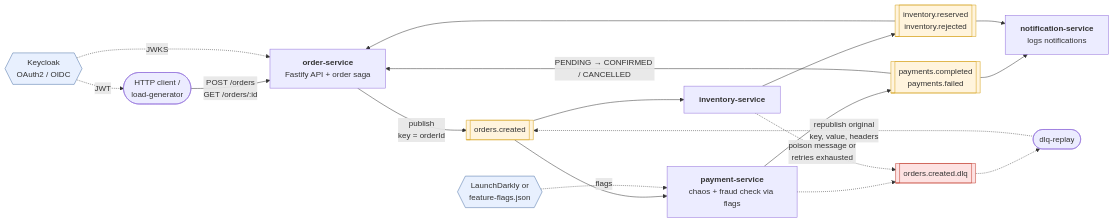
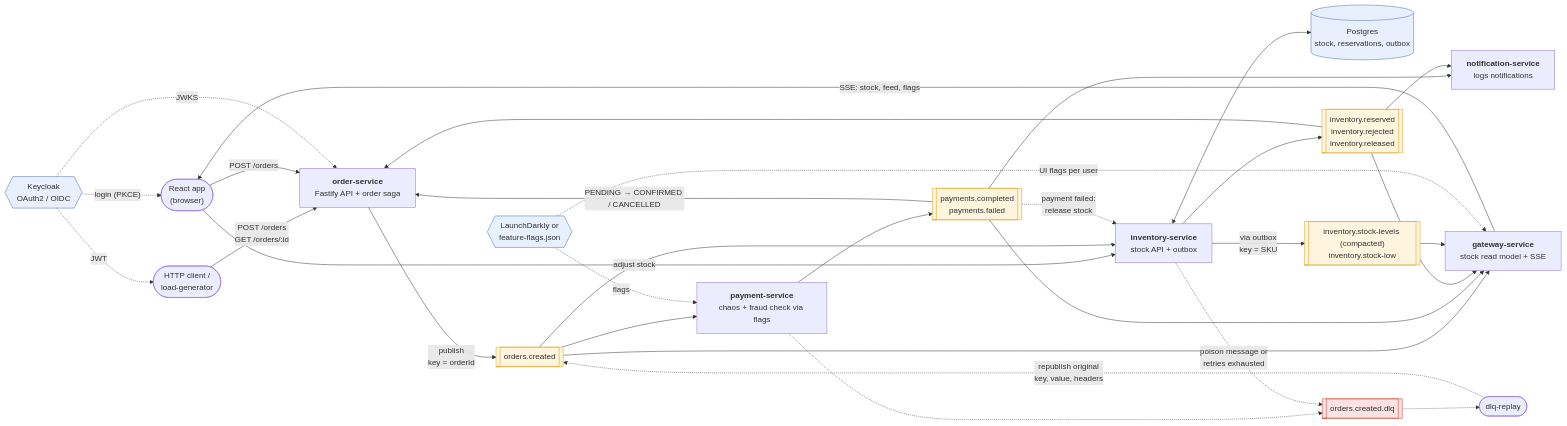
One commit to atulgalande75/kafakaDemo changed the second of 3 diagrams in README.md. Above: the diagram before and after it, drawn with Mermaid. The commit also changed other lines of this file and 110 other files, not shown here.

Commit message:
Added gateway web architecture

````diff
--- a/README.md
+++ b/README.md
@@ -38,41 +118,57 @@
 ```mermaid
 flowchart LR
+    browser(["React app<br/>(browser)"])
     client([HTTP client /<br/>load-generator])
     order["<b>order-service</b><br/>Fastify API + order saga"]
     payment["<b>payment-service</b><br/>chaos + fraud check via flags"]
-    inventory["<b>inventory-service</b>"]
+    inventory["<b>inventory-service</b><br/>stock API + outbox"]
+    pg[("Postgres<br/>stock, reservations, outbox")]
     notification["<b>notification-service</b><br/>logs notifications"]
+    gateway["<b>gateway-service</b><br/>stock read model + SSE"]
     replayTool([dlq-replay])
     keycloak{{"Keycloak<br/>OAuth2 / OIDC"}}
     flags{{"LaunchDarkly or<br/>feature-flags.json"}}
 
     oc[["orders.created"]]
     pay[["payments.completed<br/>payments.failed"]]
-    inv[["inventory.reserved<br/>inventory.rejected"]]
+    inv[["inventory.reserved<br/>inventory.rejected<br/>inventory.released"]]
+    stock[["inventory.stock-levels (compacted)<br/>inventory.stock-low"]]
     dlq[["orders.created.dlq"]]
 
     client -- "POST /orders<br/>GET /orders/:id" --> order
+    browser -- "POST /orders" --> order
+    browser -- "adjust stock" --> inventory
+    gateway -- "SSE: stock, feed, flags" --> browser
     order -- "publish<br/>key = orderId" --> oc
     oc --> payment
     oc --> inventory
     payment --> pay
     inventory --> inv
+    inventory <--> pg
+    inventory -- "via outbox<br/>key = SKU" --> stock
     pay --> notification
     inv --> notification
     pay -- "PENDING → CONFIRMED / CANCELLED" --> order
     inv --> order
+    pay -. "payment failed:<br/>release stock" .-> inventory
+    oc --> gateway
+    pay --> gateway
+    inv --> gateway
+    stock --> gateway
     payment -.-> dlq
     inventory -. "poison message or<br/>retries exhausted" .-> dlq
     dlq -.-> replayTool
     replayTool -. "republish original<br/>key, value, headers" .-> oc
     keycloak -. "JWT" .-> client
+    keycloak -. "login (PKCE)" .-> browser
     keycloak -. "JWKS" .-> order
     flags -. "flags" .-> payment
+    flags -. "UI flags per user" .-> gateway
 
     classDef topic fill:#fff4dd,stroke:#d4a017,color:#333
     classDef dead fill:#fde2e2,stroke:#c0392b,color:#333
     classDef ext fill:#e8f0fe,stroke:#4a6fa5,color:#333
-    class oc,pay,inv topic
+    class oc,pay,inv,stock topic
     class dlq dead
-    class keycloak,flags ext
+    class keycloak,flags,pg ext
 ```
````
